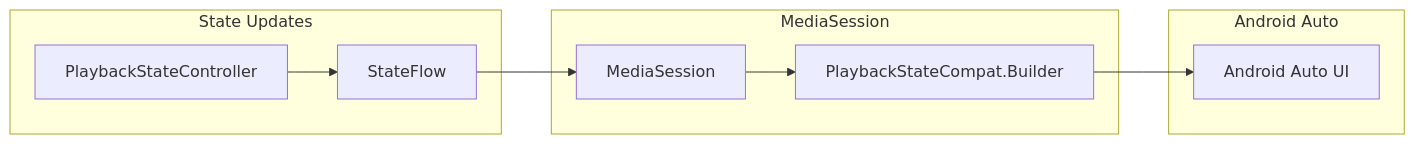
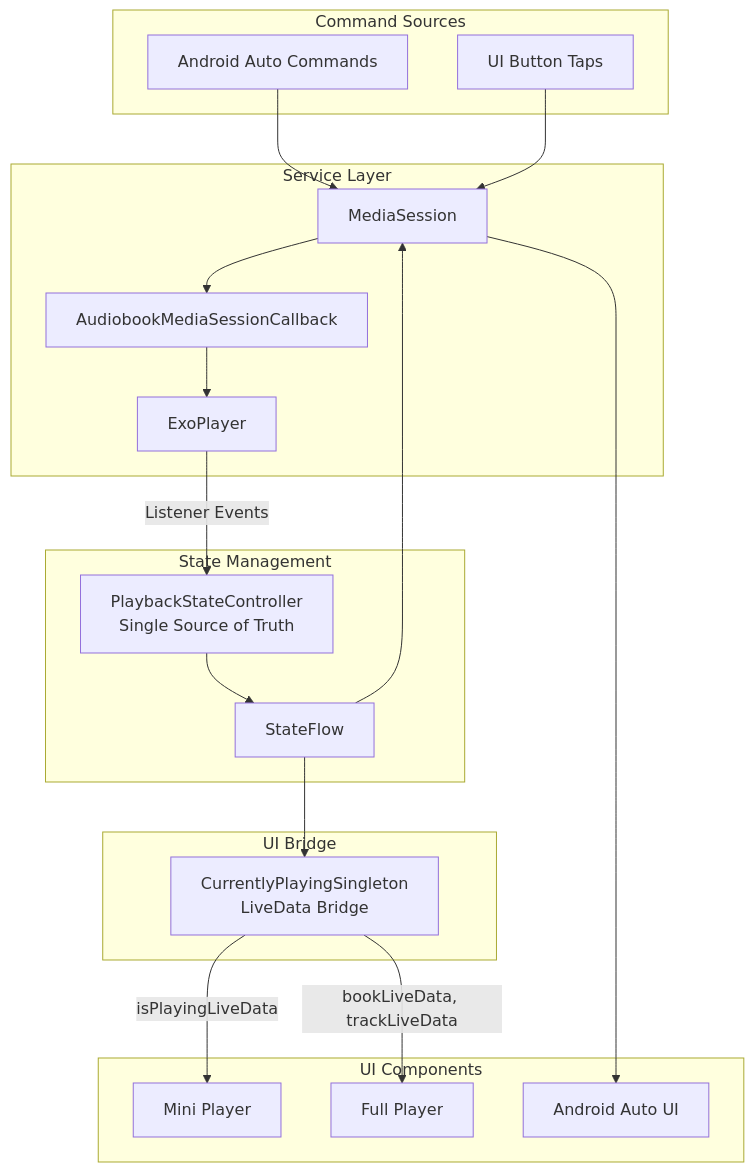
Before and after one commit to travsart/chronicle: the second of 5 diagrams in docs/features/android-auto.md, drawn with Mermaid. The commit also changed other lines of this file and 2 other files, not shown here.

````diff
--- a/docs/features/android-auto.md
+++ b/docs/features/android-auto.md
@@ -227,21 +229,40 @@
 ```mermaid
-graph LR
-    subgraph State Updates
-        PSC[PlaybackStateController]
+graph TB
+    subgraph Command Sources
+        AA_CMD[Android Auto Commands]
+        UI_CMD[UI Button Taps]
+    end
+    
+    subgraph Service Layer
+        MS[MediaSession]
+        CB[AudiobookMediaSessionCallback]
+        EP[ExoPlayer]
+    end
+    
+    subgraph State Management
+        PSC[PlaybackStateController<br/>Single Source of Truth]
         SF[StateFlow]
     end
     
-    subgraph MediaSession
-        MS[MediaSession]
-        PSB[PlaybackStateCompat.Builder]
+    subgraph UI Bridge
+        CPS[CurrentlyPlayingSingleton<br/>LiveData Bridge]
     end
     
-    subgraph Android Auto
-        AA[Android Auto UI]
+    subgraph UI Components
+        Mini[Mini Player]
+        Full[Full Player]
+        AA_UI[Android Auto UI]
     end
     
+    AA_CMD --> MS
+    UI_CMD --> MS
+    MS --> CB
+    CB --> EP
+    EP -->|Listener Events| PSC
     PSC --> SF
+    SF --> CPS
+    CPS -->|isPlayingLiveData| Mini
+    CPS -->|bookLiveData, trackLiveData| Full
     SF --> MS
-    MS --> PSB
-    PSB --> AA
+    MS --> AA_UI
 ```
````
